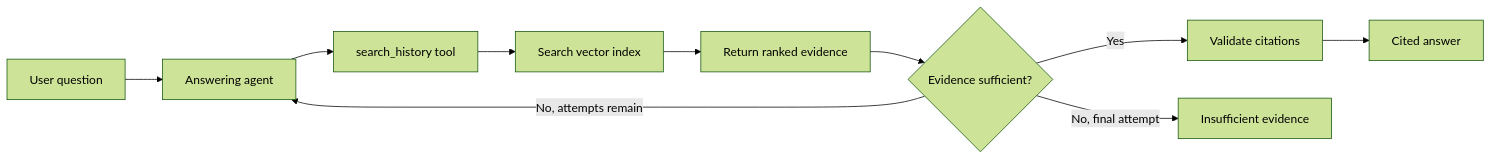
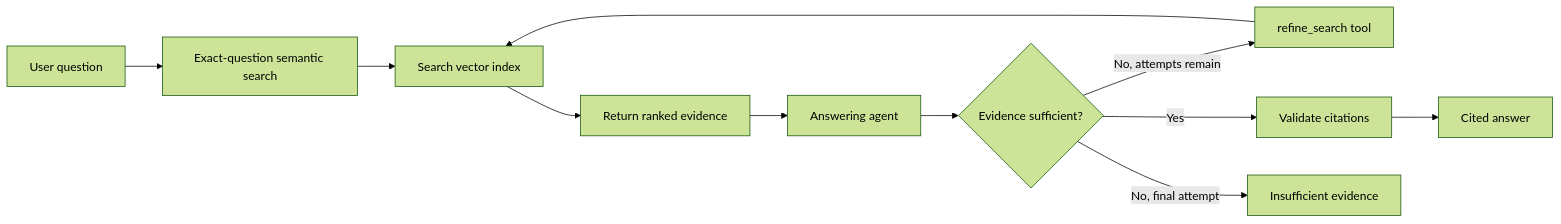
One commit to sophiatheofanidou/RepoRationale changed the third of 3 diagrams in docs/architecture.md. Above: the diagram before and after it, drawn with Mermaid (forest theme). The commit also changed other lines of this file and 12 other files, not shown here.

````diff
--- a/docs/architecture.md
+++ b/docs/architecture.md
@@ -198,13 +198,14 @@
 ```mermaid
 flowchart LR
     Question[User question]
-    Question --> Agent[Answering agent]
-    Agent --> Search[search_history tool]
+    Question --> Search[Exact-question semantic search]
     Search --> Index[Search vector index]
     Index --> Evidence[Return ranked evidence]
-    Evidence --> Assess{Evidence sufficient?}
-    Assess -->|No, attempts remain| Agent
+    Evidence --> Agent[Answering agent]
+    Agent --> Assess{Evidence sufficient?}
+    Assess -->|No, attempts remain| Refine[refine_search tool]
+    Refine --> Index
     Assess -->|Yes| Validate[Validate citations]
     Validate --> Answer[Cited answer]
     Assess -->|No, final attempt| Abstain[Insufficient evidence]
 ```
````
